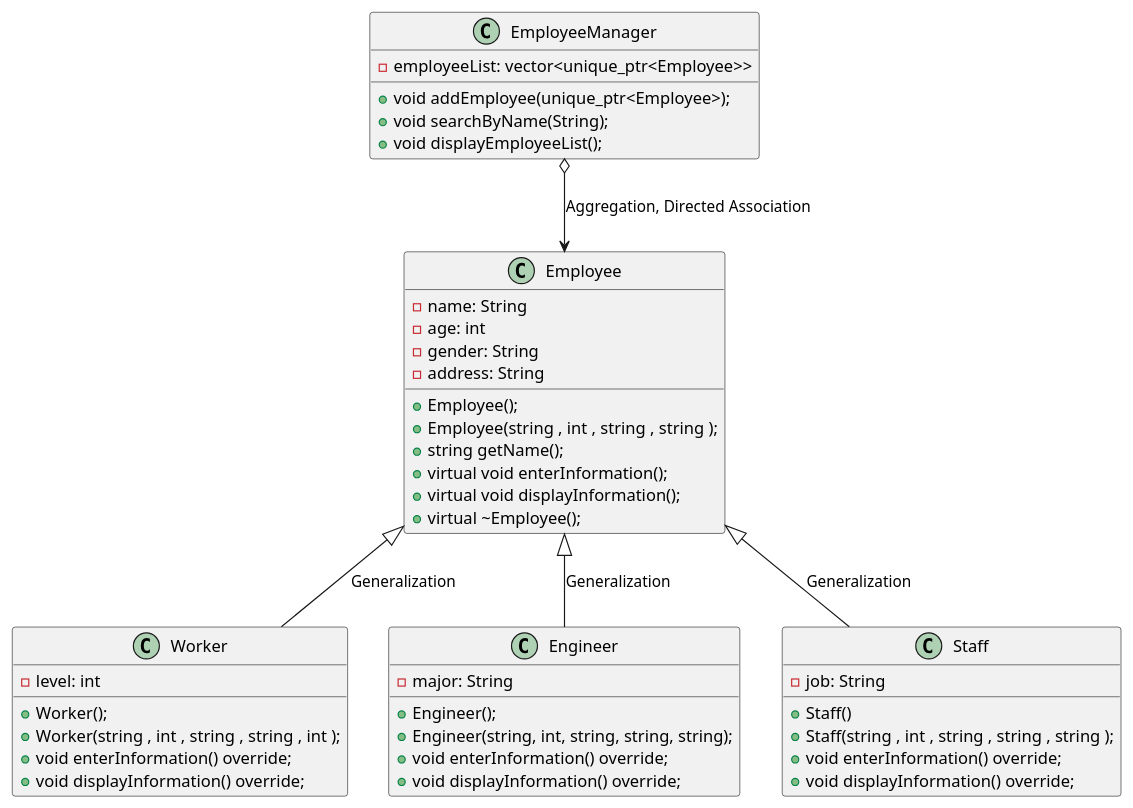
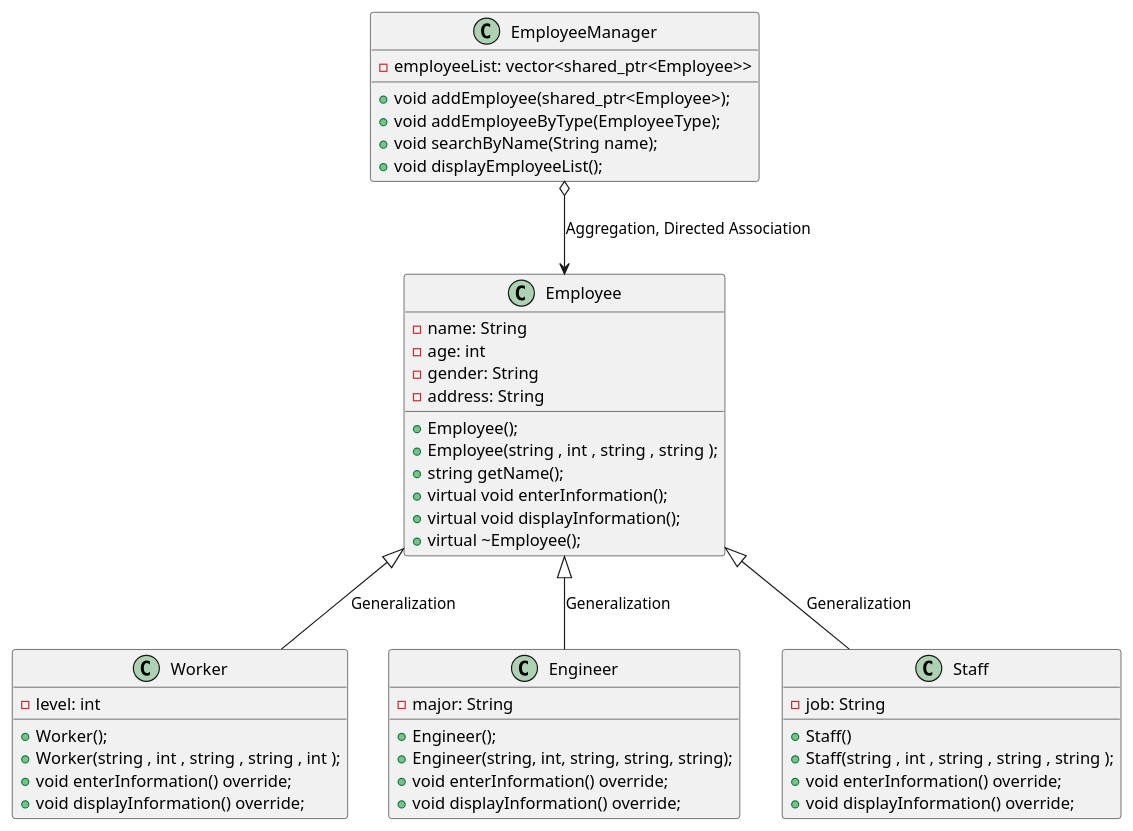
Before and after one commit to baobluebird/Basic-C-Cplusplus: the diagram in .Assigment/OOP/ex1/diagram/diagram.wsd, drawn with PlantUML. The commit also changed 52 other files, not shown here.

```diff
--- a/.Assigment/OOP/ex1/diagram/diagram.wsd
+++ b/.Assigment/OOP/ex1/diagram/diagram.wsd
@@ -1,52 +1,53 @@
 @startuml
 
 class Employee {
   - name: String
   - age: int
   - gender: String
   - address: String
   + Employee();
   + Employee(string , int , string , string );
   + string getName();
   + virtual void enterInformation();
   + virtual void displayInformation();
   + virtual ~Employee();
 }
 
 class Worker {
   - level: int
   + Worker();
   + Worker(string , int , string , string , int );
   + void enterInformation() override;
   + void displayInformation() override;
 }
 
 class Engineer {
   - major: String
   + Engineer();
   + Engineer(string, int, string, string, string);
   + void enterInformation() override;
   + void displayInformation() override;
 }
 
 class Staff {
   - job: String
   + Staff()
   + Staff(string , int , string , string , string );
   + void enterInformation() override;
   + void displayInformation() override;
 }
 
 class EmployeeManager {
-  - employeeList: vector<unique_ptr<Employee>>
-  + void addEmployee(unique_ptr<Employee>);
-  + void searchByName(String);
+  - employeeList: vector<shared_ptr<Employee>>
+  + void addEmployee(shared_ptr<Employee>);
+  + void addEmployeeByType(EmployeeType);
+  + void searchByName(String name);
   + void displayEmployeeList();
 }
 
 Employee <|-- Worker : Generalization 
 Employee <|-- Engineer : Generalization 
 Employee <|-- Staff : Generalization 
 EmployeeManager o--> Employee : Aggregation, Directed Association
 
 @enduml
```
